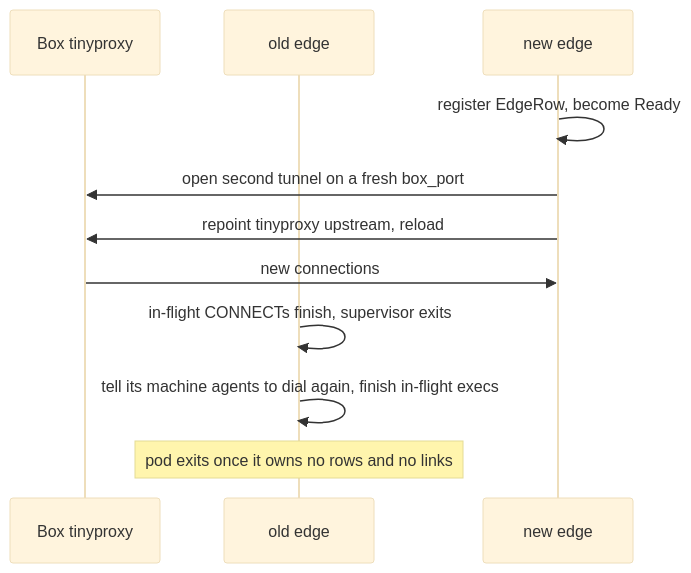
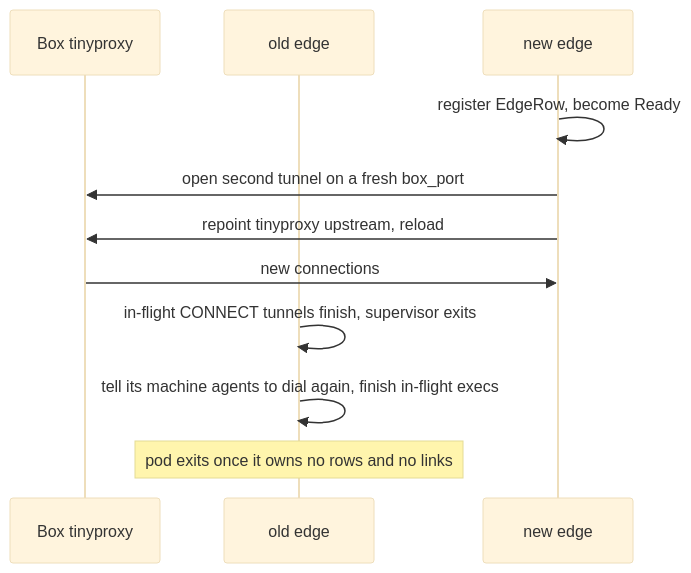
One commit to IniZio/moor changed the fifth of 5 diagrams in docs/specs/deploy-invisible-boxes.md. Above: the diagram before and after it, drawn with Mermaid (base theme). The commit also changed other lines of this file, not shown here.

Commit message:
docs(specs): spell out CONNECT tunnels for the typos check

````diff
--- a/docs/specs/deploy-invisible-boxes.md
+++ b/docs/specs/deploy-invisible-boxes.md
@@ -226,13 +226,13 @@
 ```mermaid
 sequenceDiagram
   participant B as Box tinyproxy
   participant O as old edge
   participant N as new edge
   N->>N: register EdgeRow, become Ready
   N->>B: open second tunnel on a fresh box_port
   N->>B: repoint tinyproxy upstream, reload
   B->>N: new connections
-  O->>O: in-flight CONNECTs finish, supervisor exits
+  O->>O: in-flight CONNECT tunnels finish, supervisor exits
   O->>O: tell its machine agents to dial again, finish in-flight execs
   Note over O: pod exits once it owns no rows and no links
 ```
````
